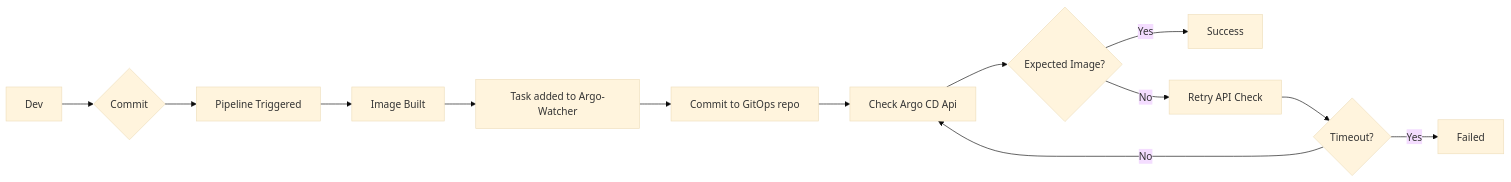
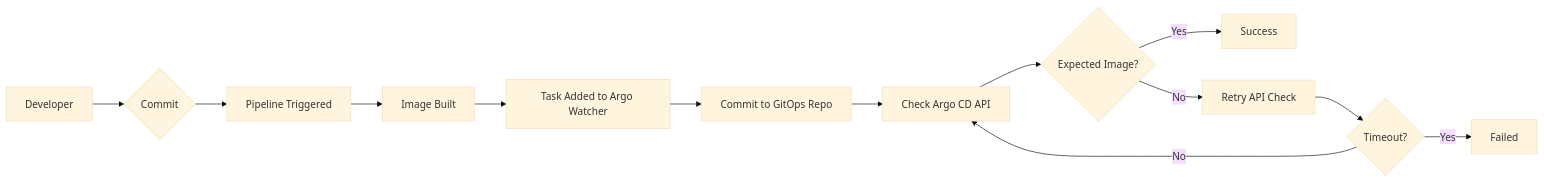
One commit to shini4i/argo-watcher changed the third of 3 diagrams in docs/index.md. Above: the diagram before and after it, drawn with Mermaid (base theme). The commit also changed other lines of this file and 8 other files, not shown here.

````diff
--- a/docs/index.md
+++ b/docs/index.md
@@ -39,15 +100,15 @@
 ```mermaid
 graph LR
-    Dev[Dev] --> Commit{Commit}
+    Dev[Developer] --> Commit{Commit}
     Commit --> Pipeline[Pipeline Triggered]
     Pipeline --> Docker[Image Built]
-    Docker --> Task[Task added to Argo-Watcher]
-    Task --> ImageUpdate[Commit to GitOps repo]
-    ImageUpdate --> Check[Check Argo CD Api]
+    Docker --> Task[Task Added to Argo Watcher]
+    Task --> ImageUpdate[Commit to GitOps Repo]
+    ImageUpdate --> Check[Check Argo CD API]
     Check --> Decision{Expected Image?}
     Decision -->|Yes| Success[Success]
     Decision -->|No| Retry[Retry API Check]
     Retry --> Timeout{Timeout?}
     Timeout -->|Yes| Failed[Failed]
     Timeout -->|No| Check
 ```
````
